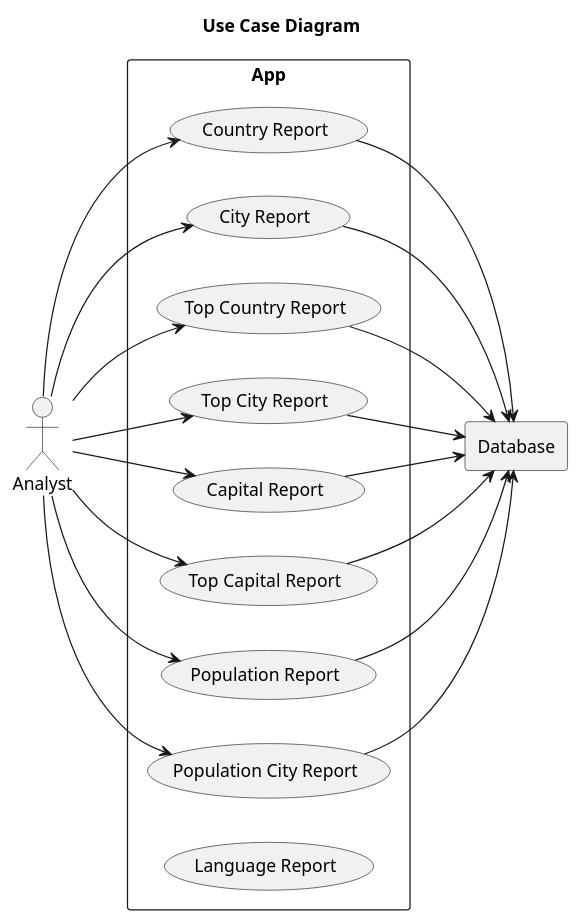
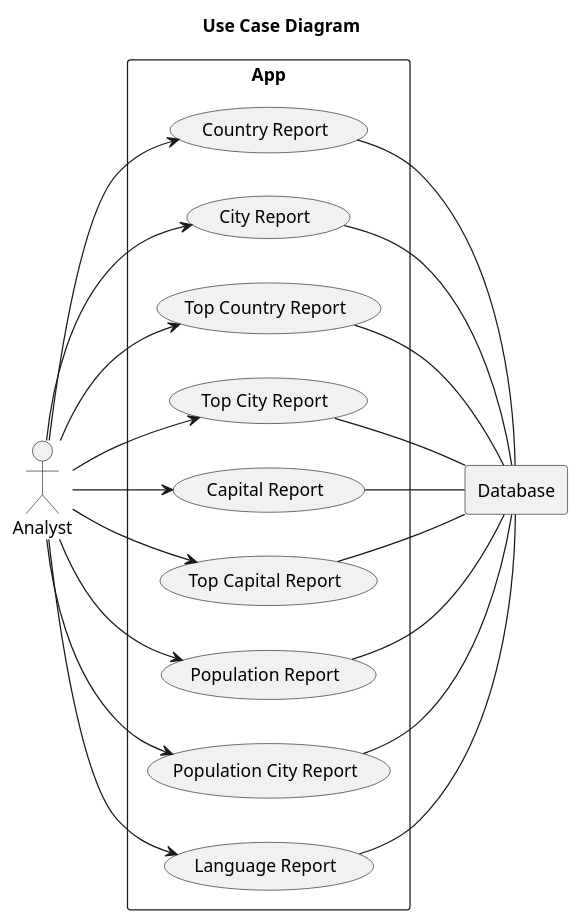
Before and after one commit to EshalImran27/SeMethods2: the diagram in Diagram.puml, drawn with PlantUML.

Commit message:
Fix Use Case Diagram
Was missing a connection with the Language Report, also correct the relation connection with the external system DataBase

```diff
--- a/Diagram.puml
+++ b/Diagram.puml
@@ -1,47 +1,50 @@
 @startuml
 ' Keep default left-to-right direction so Database is on the side
 left to right direction
 title Use Case Diagram
 
 ' --- Actors ---
 actor "Analyst" as Analyst
 rectangle Database
 
 ' --- Systems ---
 
 rectangle "App" {
     usecase UC1 as "Country Report"
     usecase UC2 as "City Report"
     usecase UC3 as "Top Country Report"
     usecase UC4 as "Top City Report"
     usecase UC5 as "Capital Report"
     usecase UC6 as "Top Capital Report"
     usecase UC7 as "Population Report"
     usecase UC8 as "Population City Report"
     usecase UC9 as "Language Report"
 }
+' --- Relationships ---
+' --- Actor Relationships ---
 Analyst --> UC1
 Analyst --> UC2
 Analyst --> UC3
 Analyst --> UC4
 Analyst --> UC5
 Analyst --> UC6
 Analyst --> UC7
 Analyst --> UC8
+Analyst --> UC9
 
 
-' --- Relationships ---
-' --- Actor Relationships ---
+
 
 
 ' --- Second System Relationships ---
-UC1 --> Database
-UC2 --> Database
-UC3 --> Database
-UC4 --> Database
-UC5 --> Database
-UC6 --> Database
-UC7 --> Database
-UC8 --> Database
+UC1 -- Database
+UC2 -- Database
+UC3 -- Database
+UC4 -- Database
+UC5 -- Database
+UC6 -- Database
+UC7 -- Database
+UC8 -- Database
+UC9 -- Database
 
 @enduml
```
